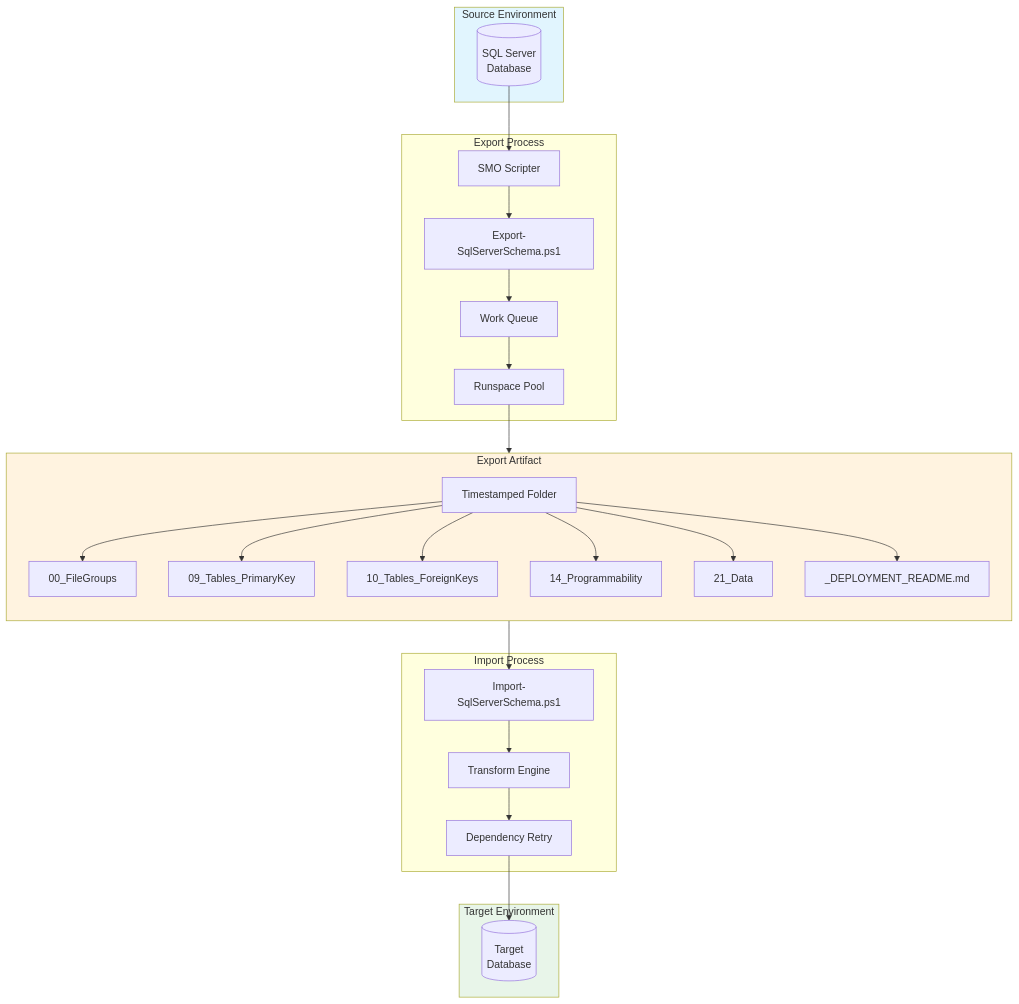
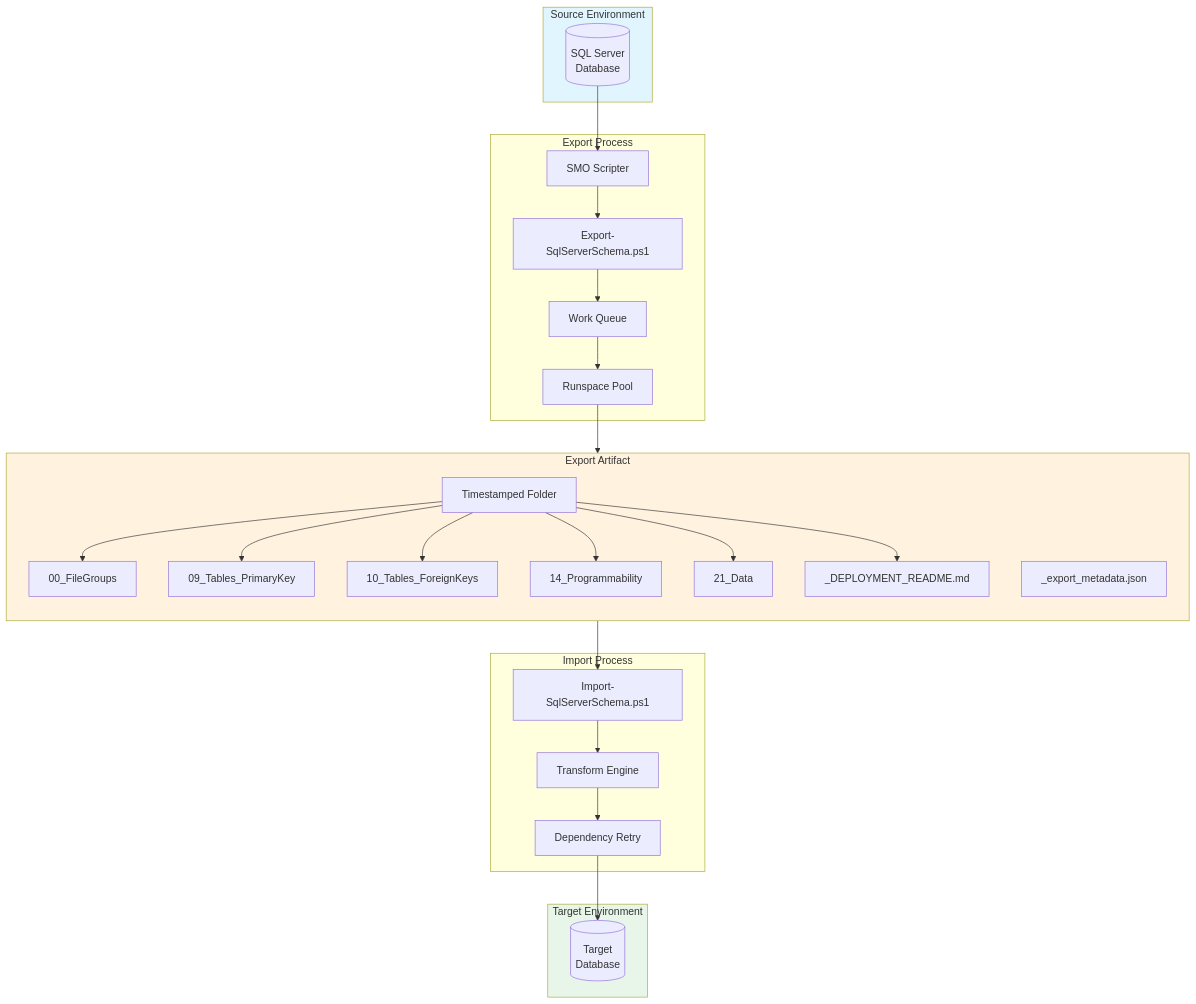
The first of 11 diagrams in docs/SOFTWARE_DESIGN.md (ormico/Export-SqlServerSchema), drawn with Mermaid before and after one commit. The commit also changed other lines of this file and 4 other files, not shown here.

````diff
--- a/docs/SOFTWARE_DESIGN.md
+++ b/docs/SOFTWARE_DESIGN.md
@@ -87,50 +88,51 @@
 ```mermaid
 flowchart TB
     subgraph Source["Source Environment"]
         DB1[(SQL Server<br/>Database)]
     end
 
     subgraph Export["Export Process"]
         EXP[Export-SqlServerSchema.ps1]
         SMO1[SMO Scripter]
         WQ[Work Queue]
         RP[Runspace Pool]
     end
 
     subgraph Artifact["Export Artifact"]
         direction TB
         FS[Timestamped Folder]
         F00[00_FileGroups]
         F09[09_Tables_PrimaryKey]
         F10[10_Tables_ForeignKeys]
         F14[14_Programmability]
         F21[21_Data]
         MAN[_DEPLOYMENT_README.md]
+        META[_export_metadata.json]
     end
 
     subgraph Import["Import Process"]
         IMP[Import-SqlServerSchema.ps1]
         TRANS[Transform Engine]
         RETRY[Dependency Retry]
     end
 
     subgraph Target["Target Environment"]
         DB2[(Target<br/>Database)]
     end
 
     DB1 --> SMO1
     SMO1 --> EXP
     EXP --> WQ
     WQ --> RP
     RP --> FS
     FS --> F00 & F09 & F10 & F14 & F21 & MAN
 
     FS --> IMP
     IMP --> TRANS
     TRANS --> RETRY
     RETRY --> DB2
 
     style Source fill:#e1f5fe
     style Target fill:#e8f5e9
     style Artifact fill:#fff3e0
 ```
````
